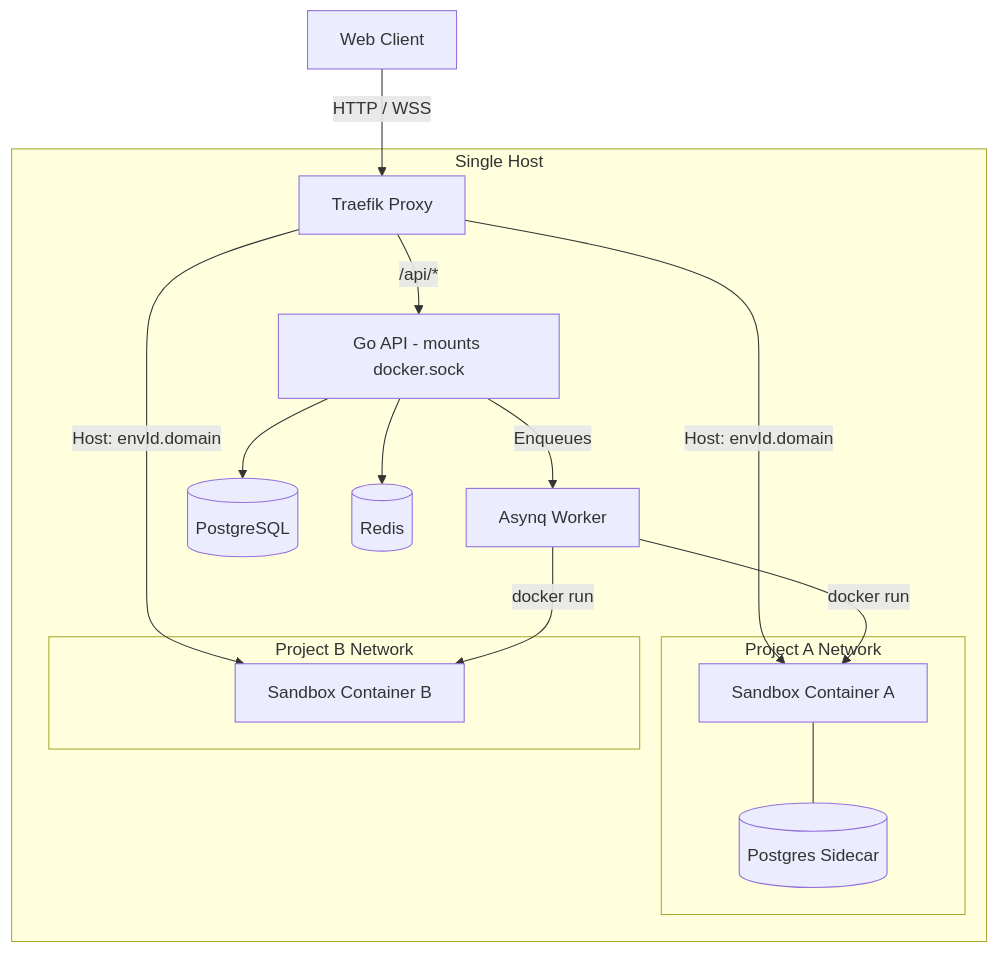
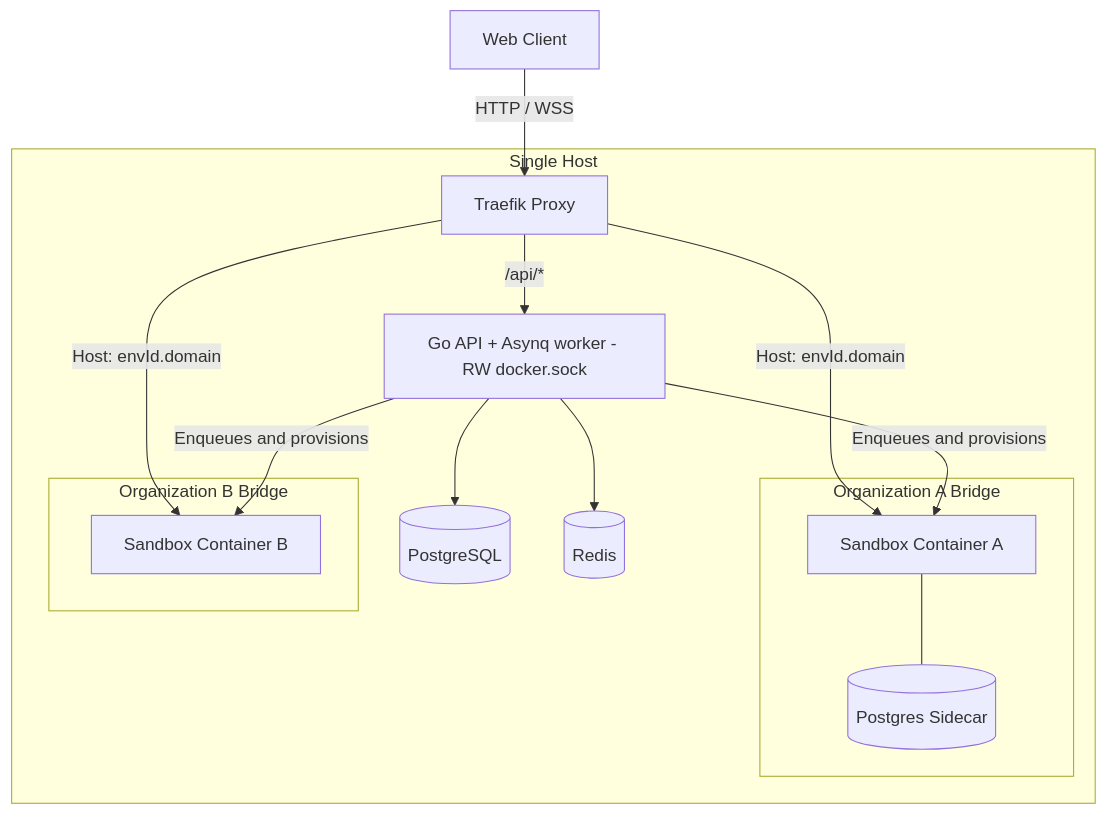
The first of 3 diagrams in docs/ARCHITECTURE.md (AyushCN/api-sandbox), drawn with Mermaid before and after one commit. The commit also changed other lines of this file and 14 other files, not shown here.

````diff
--- a/docs/ARCHITECTURE.md
+++ b/docs/ARCHITECTURE.md
@@ -11,32 +11,30 @@
 ```mermaid
 graph TD
     Client[Web Client]
     subgraph Single Host
         Traefik[Traefik Proxy]
-        Backend[Go API - mounts docker.sock]
-        Worker[Asynq Worker]
+        Backend[Go API + Asynq worker - RW docker.sock]
         PostgreSQL[(PostgreSQL)]
         Redis[(Redis)]
 
-        subgraph Project A Network
+        subgraph Organization A Bridge
             EnvA[Sandbox Container A]
             DB_A[(Postgres Sidecar)]
             EnvA --- DB_A
         end
 
-        subgraph Project B Network
+        subgraph Organization B Bridge
             EnvB[Sandbox Container B]
         end
     end
 
     Client -->|HTTP / WSS| Traefik
     Traefik -->|/api/*| Backend
     Traefik -->|Host: envId.domain| EnvA
     Traefik -->|Host: envId.domain| EnvB
 
     Backend --> PostgreSQL
     Backend --> Redis
-    Backend -->|Enqueues| Worker
-    Worker -->|docker run| EnvA
-    Worker -->|docker run| EnvB
+    Backend -->|Enqueues and provisions| EnvA
+    Backend -->|Enqueues and provisions| EnvB
 ```
````
